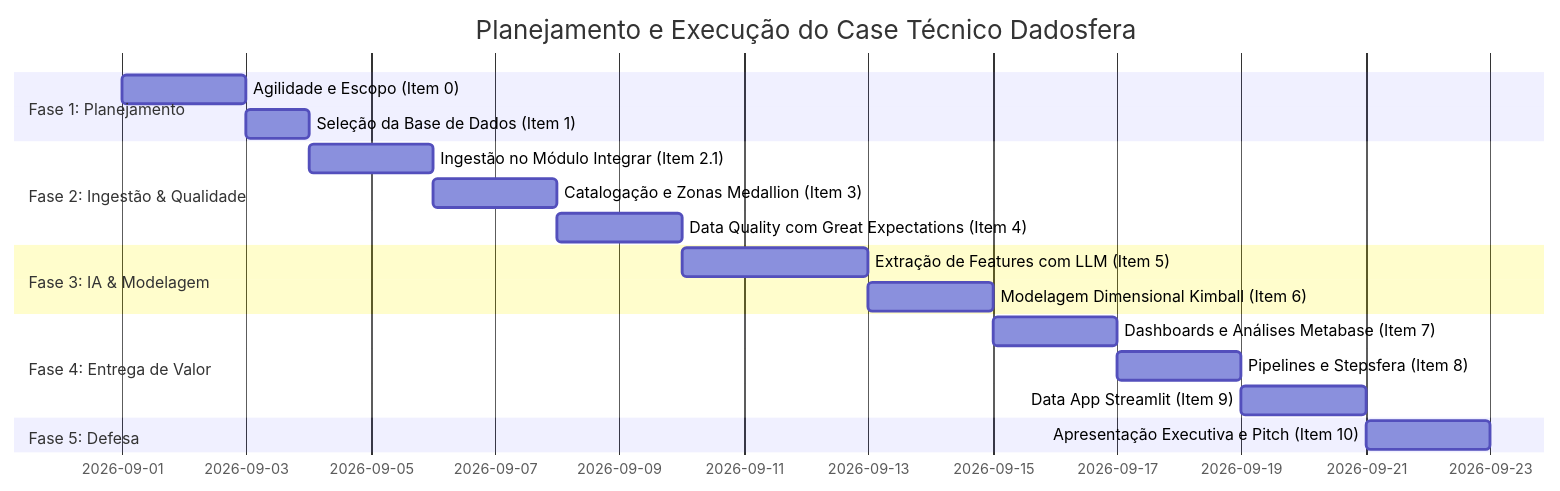
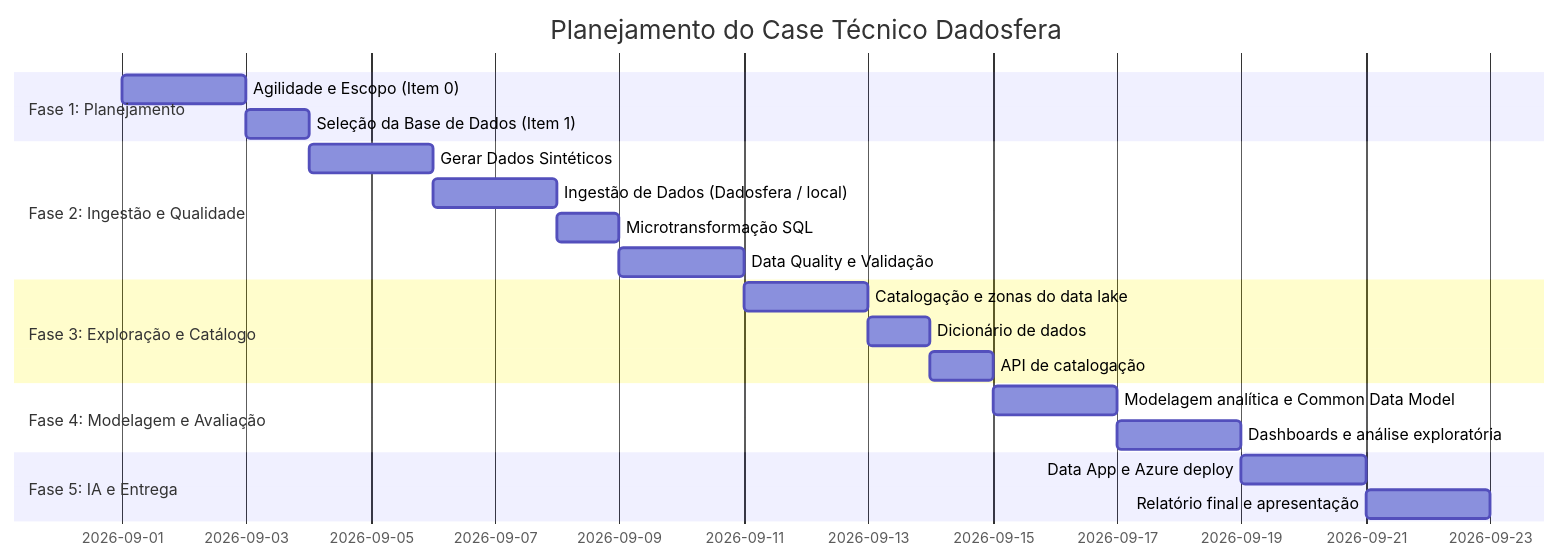
The first of 2 diagrams in README.md (BrunoAnalytics/Alisson_Bruno_DDF_TECH_092026), drawn with Mermaid before and after one commit. The commit also changed other lines of this file and 4 other files, not shown here.

````diff
--- a/README.md
+++ b/README.md
@@ -21,21 +78,27 @@
 ```mermaid
 gantt
-title Planejamento e Execução do Case Técnico Dadosfera
+title Planejamento do Case Técnico Dadosfera
 dateFormat YYYY-MM-DD
 section Fase 1: Planejamento
 Agilidade e Escopo (Item 0) :a1, 2026-09-01, 2d
 Seleção da Base de Dados (Item 1) :a2, after a1, 1d
-section Fase 2: Ingestão & Qualidade
-Ingestão no Módulo Integrar (Item 2.1) :b1, after a2, 2d
-Catalogação e Zonas Medallion (Item 3) :b2, after b1, 2d
-Data Quality com Great Expectations (Item 4) :b3, after b2, 2d
-section Fase 3: IA & Modelagem
-Extração de Features com LLM (Item 5) :c1, after b3, 3d
-Modelagem Dimensional Kimball (Item 6) :c2, after c1, 2d
-section Fase 4: Entrega de Valor
-Dashboards e Análises Metabase (Item 7) :d1, after c2, 2d
-Pipelines e Stepsfera (Item 8) :d2, after d1, 2d
-Data App Streamlit (Item 9) :d3, after d2, 2d
-section Fase 5: Defesa
-Apresentação Executiva e Pitch (Item 10) :e1, after d3, 2d
+
+section Fase 2: Ingestão e Qualidade
+Gerar Dados Sintéticos :b1, after a2, 2d
+Ingestão de Dados (Dadosfera / local) :b2, after b1, 2d
+Microtransformação SQL :b3, after b2, 1d
+Data Quality e Validação :b4, after b3, 2d
+
+section Fase 3: Exploração e Catálogo
+Catalogação e zonas do data lake :c1, after b4, 2d
+Dicionário de dados :c2, after c1, 1d
+API de catalogação :c3, after c2, 1d
+
+section Fase 4: Modelagem e Avaliação
+Modelagem analítica e Common Data Model :d1, after c3, 2d
+Dashboards e análise exploratória :d2, after d1, 2d
+
+section Fase 5: IA e Entrega
+Data App e Azure deploy :e1, after d2, 2d
+Relatório final e apresentação :e2, after e1, 2d
 ```
````
